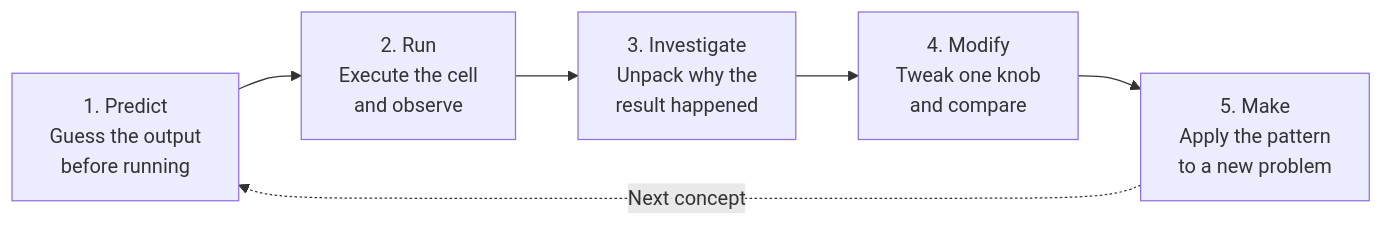
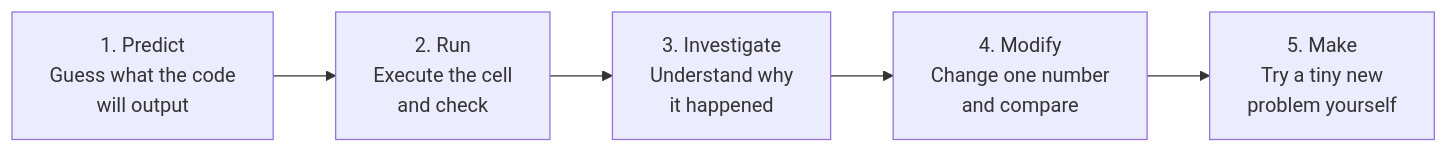
One commit to 5x5x5x5/taihls changed the diagram in advice.md. Above: the diagram before and after it, drawn with Mermaid. The commit also changed other lines of this file and 62 other files, not shown here.

````diff
--- a/advice.md
+++ b/advice.md
@@ -12,8 +12,7 @@
 ```{mermaid}
 flowchart LR
-    P["1. Predict<br/>Guess the output<br/>before running"] --> R["2. Run<br/>Execute the cell<br/>and observe"]
-    R --> I["3. Investigate<br/>Unpack why the<br/>result happened"]
-    I --> M["4. Modify<br/>Tweak one knob<br/>and compare"]
-    M --> K["5. Make<br/>Apply the pattern<br/>to a new problem"]
-    K -. "Next concept" .-> P
+    P["1. Predict<br/>Guess what the code<br/>will output"] --> R["2. Run<br/>Execute the cell<br/>and check"]
+    R --> I["3. Investigate<br/>Understand why<br/>it happened"]
+    I --> M["4. Modify<br/>Change one number<br/>and compare"]
+    M --> K["5. Make<br/>Try a tiny new<br/>problem yourself"]
 ```
````
